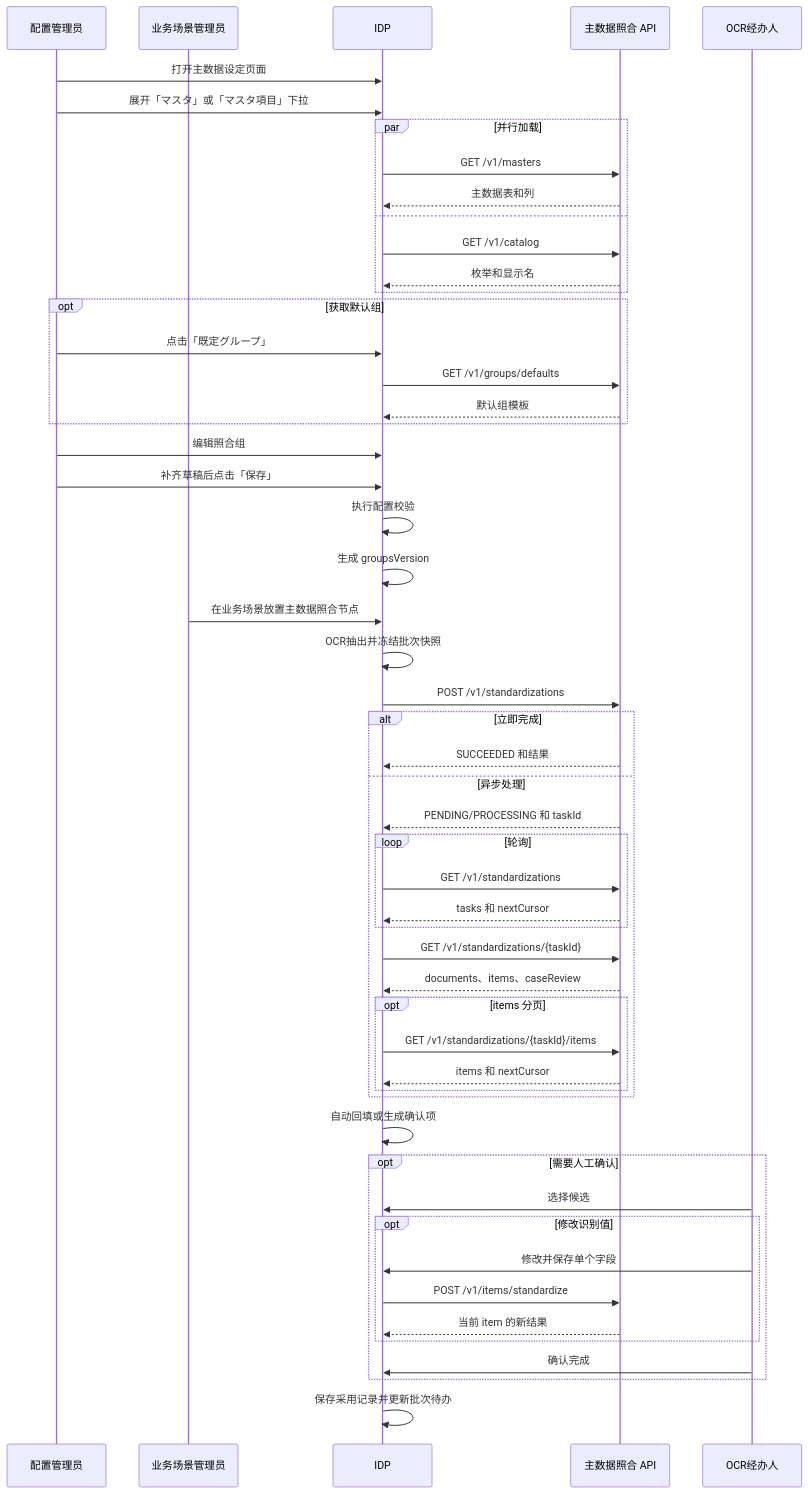
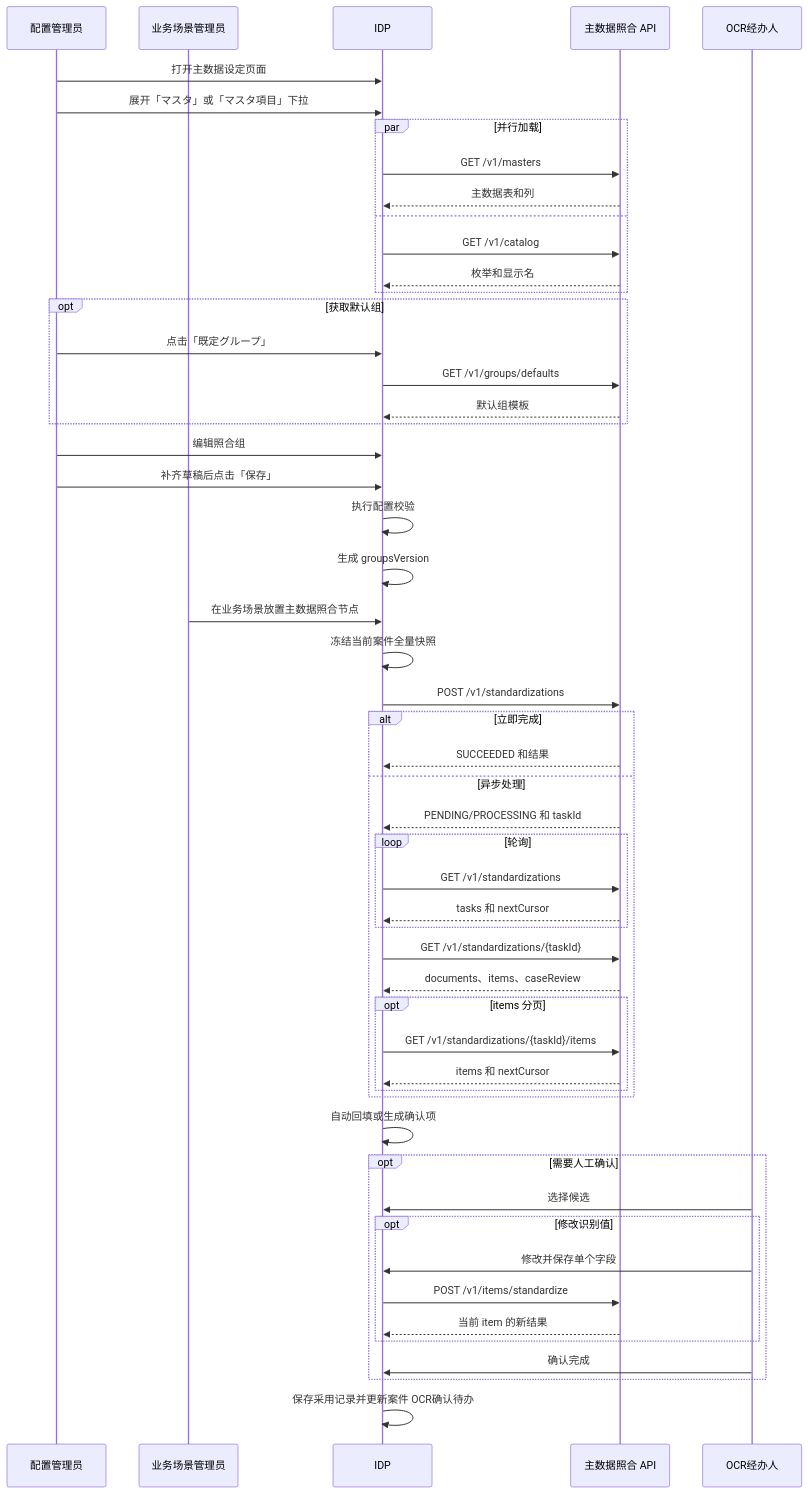
One commit to aruirage/IDP-Ph4-Master-Demo-PRD changed the ninth of 9 diagrams in PRD-四期-主数据照合.md. Above: the diagram before and after it, drawn with Mermaid. The commit also changed other lines of this file and 24 other files, not shown here.

````diff
--- a/PRD-四期-主数据照合.md
+++ b/PRD-四期-主数据照合.md
@@ -1522,57 +1390,57 @@
 ```mermaid
 sequenceDiagram
     participant Admin as 配置管理员
     participant Scene as 业务场景管理员
     participant IDP as IDP
     participant API as 主数据照合 API
     participant User as OCR经办人
 
     Admin->>IDP: 打开主数据设定页面
     Admin->>IDP: 展开「マスタ」或「マスタ項目」下拉
     par 并行加载
         IDP->>API: GET /v1/masters
         API-->>IDP: 主数据表和列
     and
         IDP->>API: GET /v1/catalog
         API-->>IDP: 枚举和显示名
     end
     opt 获取默认组
         Admin->>IDP: 点击「既定グループ」
         IDP->>API: GET /v1/groups/defaults
         API-->>IDP: 默认组模板
     end
     Admin->>IDP: 编辑照合组
     Admin->>IDP: 补齐草稿后点击「保存」
     IDP->>IDP: 执行配置校验
     IDP->>IDP: 生成 groupsVersion
 
     Scene->>IDP: 在业务场景放置主数据照合节点
-    IDP->>IDP: OCR抽出并冻结批次快照
+    IDP->>IDP: 冻结当前案件全量快照
     IDP->>API: POST /v1/standardizations
     alt 立即完成
         API-->>IDP: SUCCEEDED 和结果
     else 异步处理
         API-->>IDP: PENDING/PROCESSING 和 taskId
         loop 轮询
             IDP->>API: GET /v1/standardizations
             API-->>IDP: tasks 和 nextCursor
         end
         IDP->>API: GET /v1/standardizations/{taskId}
         API-->>IDP: documents、items、caseReview
         opt items 分页
             IDP->>API: GET /v1/standardizations/{taskId}/items
             API-->>IDP: items 和 nextCursor
         end
     end
     IDP->>IDP: 自动回填或生成确认项
     opt 需要人工确认
         User->>IDP: 选择候选
         opt 修改识别值
             User->>IDP: 修改并保存单个字段
             IDP->>API: POST /v1/items/standardize
             API-->>IDP: 当前 item 的新结果
         end
         User->>IDP: 确认完成
     end
-    IDP->>IDP: 保存采用记录并更新批次待办
+    IDP->>IDP: 保存采用记录并更新案件 OCR确认待办
 ```
````
